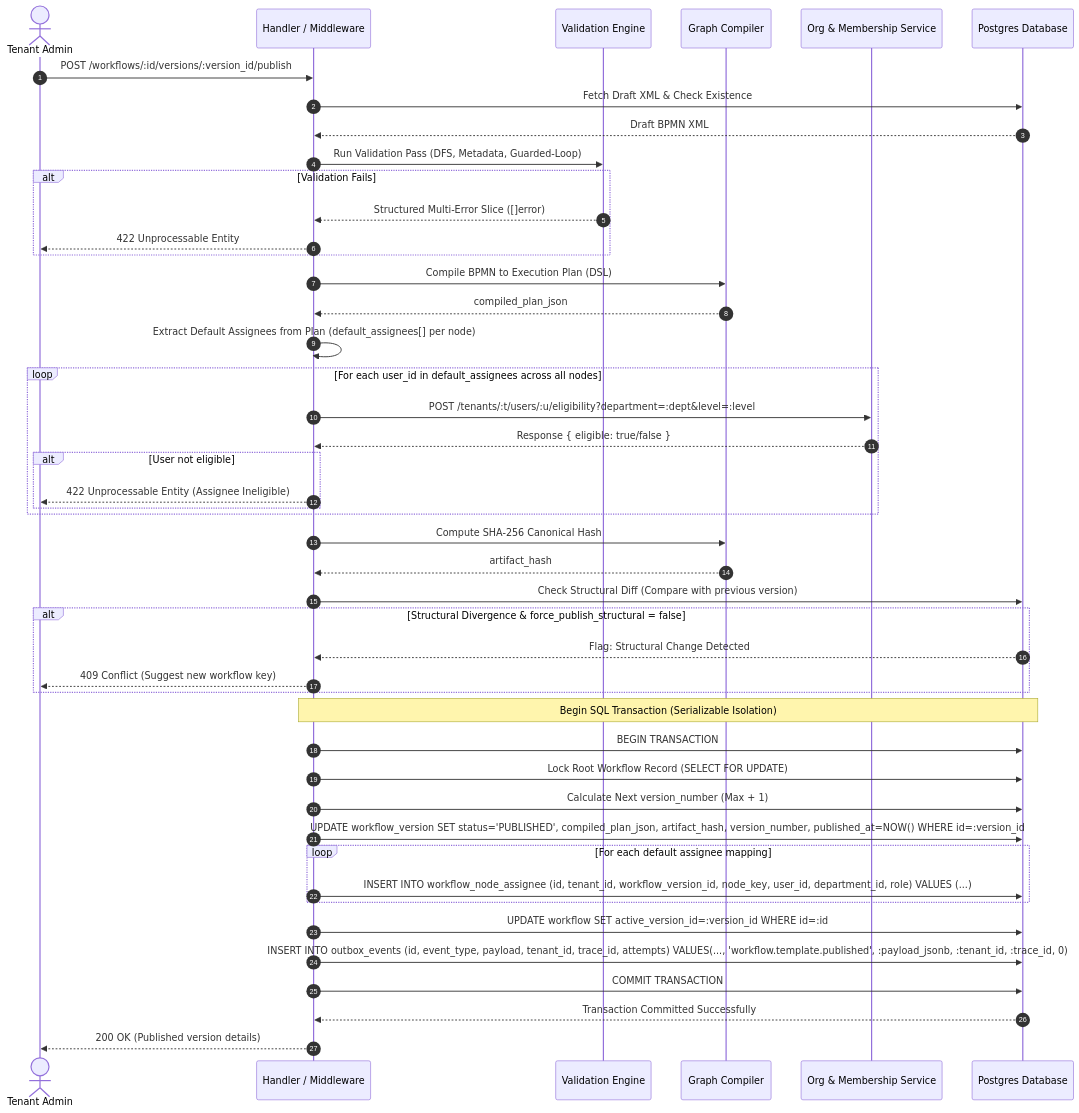
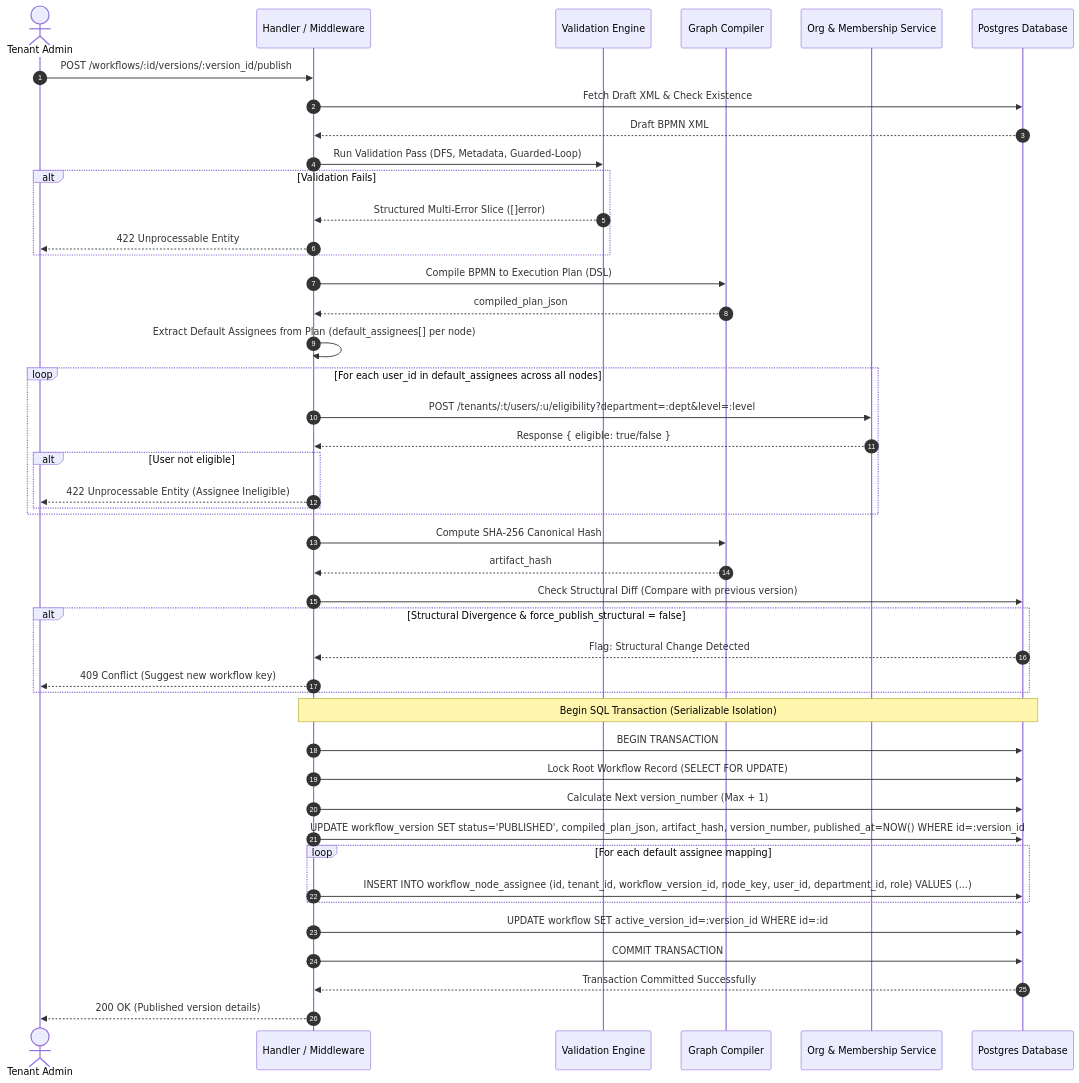
The ninth of 16 diagrams in docs/lld/definition_service.md (BCBP-SOLUTIONS-FZC-LLC/workflow-definition-service), drawn with Mermaid before and after one commit. The commit also changed other lines of this file and 1 other file, not shown here.

First line of the commit message:
docs: sync LLD/OpenAPI to shipped code (observability, connector-aliases, module library) + casing fix

````diff
--- a/docs/lld/definition_service.md
+++ b/docs/lld/definition_service.md
@@ -3350,58 +3357,57 @@
 ```mermaid
 sequenceDiagram
     autonumber
     actor Admin as Tenant Admin
     participant API as Handler / Middleware
     participant Val as Validation Engine
     participant Comp as Graph Compiler
     participant IAM as Org & Membership Service
     participant DB as Postgres Database
     
     Admin->>API: POST /workflows/:id/versions/:version_id/publish
     API->>DB: Fetch Draft XML & Check Existence
     DB-->>API: Draft BPMN XML
     
     API->>Val: Run Validation Pass (DFS, Metadata, Guarded-Loop)
     alt Validation Fails
         Val-->>API: Structured Multi-Error Slice ([]error)
         API-->>Admin: 422 Unprocessable Entity
     end
     
     API->>Comp: Compile BPMN to Execution Plan (DSL)
     Comp-->>API: compiled_plan_json
     
     API->>API: Extract Default Assignees from Plan (default_assignees[] per node)
     loop For each user_id in default_assignees across all nodes
         API->>IAM: POST /tenants/:t/users/:u/eligibility?department=:dept&level=:level
         IAM-->>API: Response { eligible: true/false }
         alt User not eligible
             API-->>Admin: 422 Unprocessable Entity (Assignee Ineligible)
         end
     end
     
     API->>Comp: Compute SHA-256 Canonical Hash
     Comp-->>API: artifact_hash
     
     API->>DB: Check Structural Diff (Compare with previous version)
     alt Structural Divergence & force_publish_structural = false
         DB-->>API: Flag: Structural Change Detected
         API-->>Admin: 409 Conflict (Suggest new workflow key)
     end
     
     Note over API,DB: Begin SQL Transaction (Serializable Isolation)
     API->>DB: BEGIN TRANSACTION
     
     API->>DB: Lock Root Workflow Record (SELECT FOR UPDATE)
     API->>DB: Calculate Next version_number (Max + 1)
     
     API->>DB: UPDATE workflow_version SET status='PUBLISHED', compiled_plan_json, artifact_hash, version_number, published_at=NOW() WHERE id=:version_id
     loop For each default assignee mapping
         API->>DB: INSERT INTO workflow_node_assignee (id, tenant_id, workflow_version_id, node_key, user_id, department_id, role) VALUES (...)
     end
     API->>DB: UPDATE workflow SET active_version_id=:version_id WHERE id=:id
-    API->>DB: INSERT INTO outbox_events (id, event_type, payload, tenant_id, trace_id, attempts) VALUES(..., 'workflow.template.published', :payload_jsonb, :tenant_id, :trace_id, 0)
     
     API->>DB: COMMIT TRANSACTION
     DB-->>API: Transaction Committed Successfully
     API-->>Admin: 200 OK (Published version details)
 ```
````
